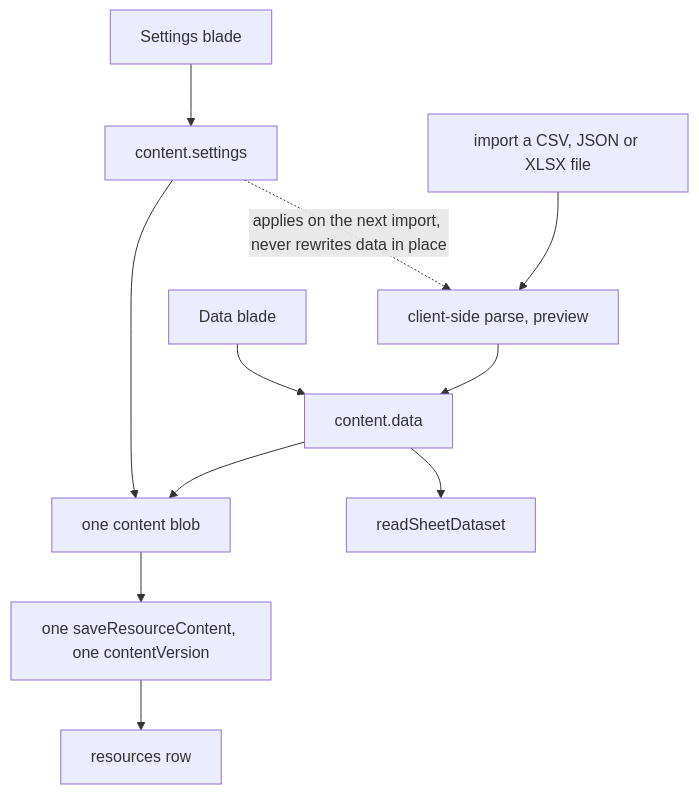
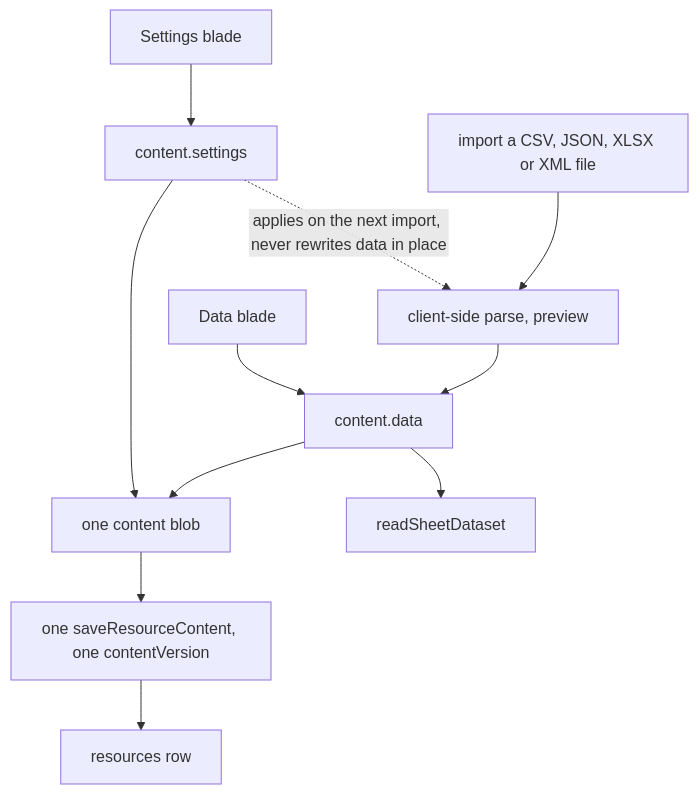
The diagram in openspec/specs/resource/sheet-resource/design.md (Esposter/Esposter), drawn with Mermaid before and after one commit. The commit also changed other lines of this file and 34 other files, not shown here.

````diff
--- a/openspec/specs/resource/sheet-resource/design.md
+++ b/openspec/specs/resource/sheet-resource/design.md
@@ -13,14 +13,14 @@
 ```mermaid
 flowchart TD
-  IMPORT["import a CSV, JSON or XLSX file"] --> PARSE["client-side parse, preview"]
+  IMPORT["import a CSV, JSON, XLSX or XML file"] --> PARSE["client-side parse, preview"]
   PARSE --> DATA["content.data"]
   ROW["resources row"]
   SETTINGSFORM["Settings blade"] --> SETTINGS["content.settings"]
   GRID["Data blade"] --> DATA
   DATA --> BLOB["one content blob"]
   SETTINGS --> BLOB
   BLOB --> SAVE["one saveResourceContent, one contentVersion"]
   SAVE --> ROW
   DATA --> DATASET["readSheetDataset"]
   SETTINGS -.->|"applies on the next import, never rewrites data in place"| PARSE
 ```
````
